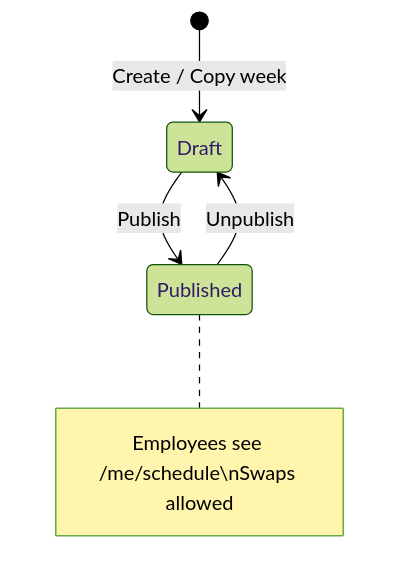
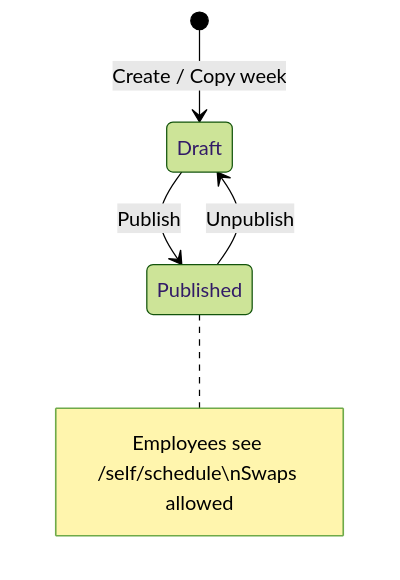
The second of 11 diagrams in docs/process-flows.md (darrenak403/wokki-server), drawn with Mermaid (forest theme) before and after one commit. The commit also changed 11 other files, not shown here.

````diff
--- a/docs/process-flows.md
+++ b/docs/process-flows.md
@@ -22,7 +22,7 @@
 ```mermaid
 stateDiagram-v2
     [*] --> Draft: Create / Copy week
     Draft --> Published: Publish
     Published --> Draft: Unpublish
-    note right of Published: Employees see /me/schedule\nSwaps allowed
+    note right of Published: Employees see /self/schedule\nSwaps allowed
 ```
````
